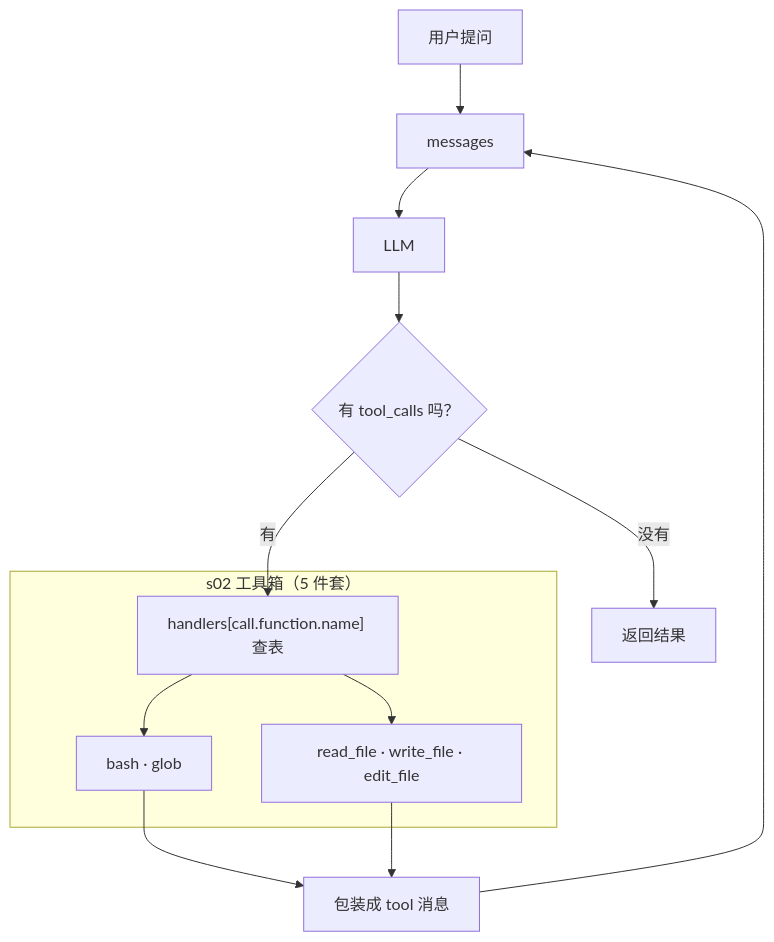
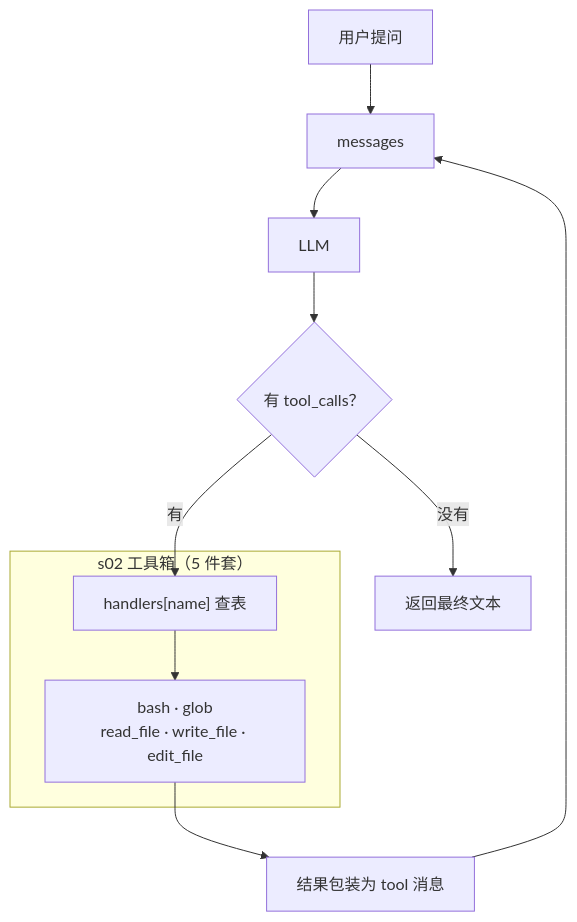
The first of 2 diagrams in code-agent-course/s02-tool-use.md (shengxinjing/build-your-agent), drawn with Mermaid before and after one commit. The commit also changed other lines of this file and 11 other files, not shown here.

````diff
--- a/code-agent-course/s02-tool-use.md
+++ b/code-agent-course/s02-tool-use.md
@@ -21,13 +21,13 @@
 ```mermaid
 flowchart TD
   U["用户提问"] --> M["messages"]
   M --> L["LLM"]
-  L --> Q{"有 tool_calls 吗？"}
-  Q -->|没有| R["返回结果"]
-  Q -->|有| H["handlers[call.function.name] 查表"]
-  subgraph NEW["s02 工具箱（5 件套）"]
-    H --> T1["bash · glob"]
-    H --> T2["read_file · write_file · edit_file"]
+  L --> Q{"有 tool_calls？"}
+  Q -->|没有| R["返回最终文本"]
+  Q -->|有| H["handlers[name] 查表"]
+  subgraph BOX["s02 工具箱（5 件套）"]
+    H --> T["bash · glob<br/>read_file · write_file · edit_file"]
   end
-  T1 & T2 --> OUT["包装成 tool 消息"] --> M
+  T --> OUT["结果包装为 tool 消息"]
+  OUT --> M
 ```
````
